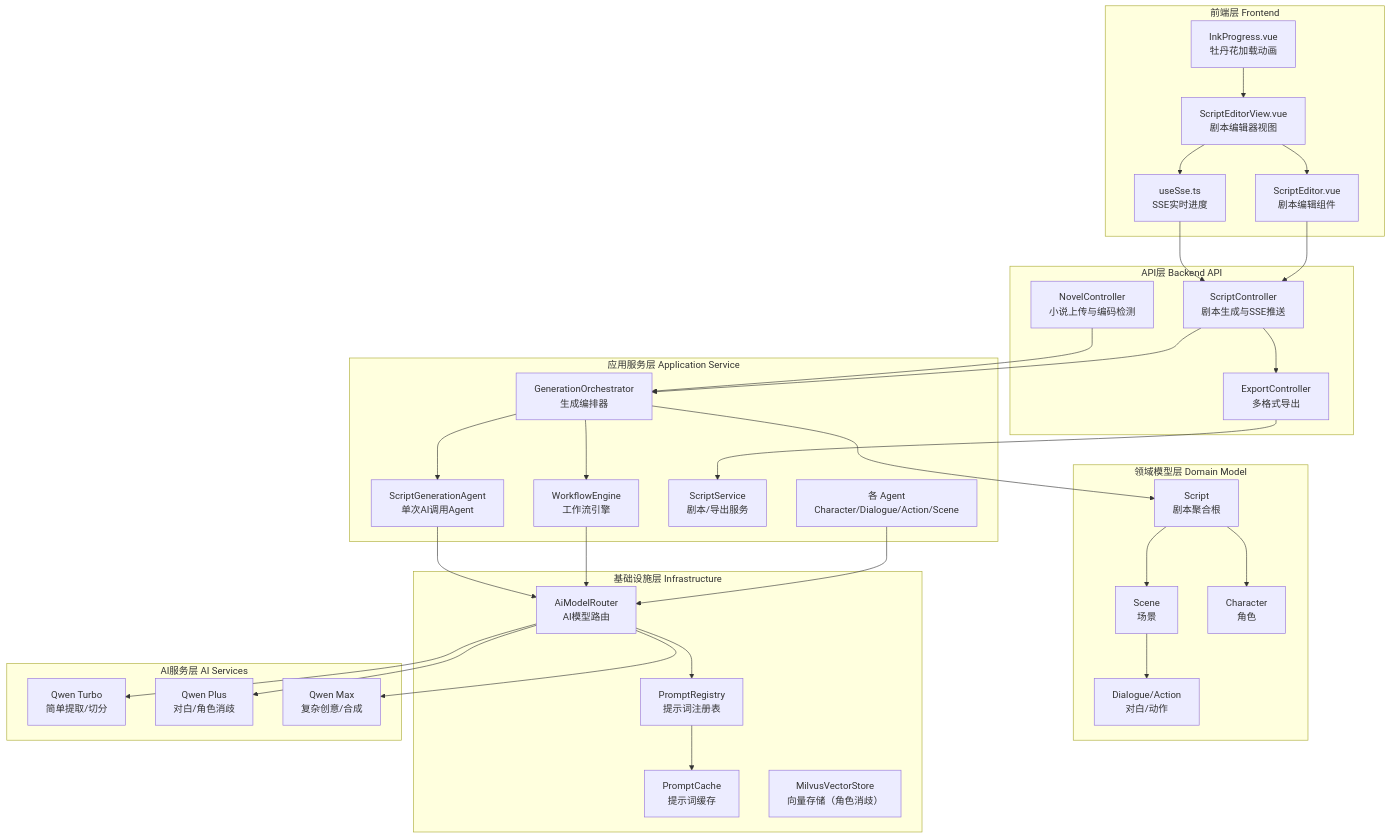
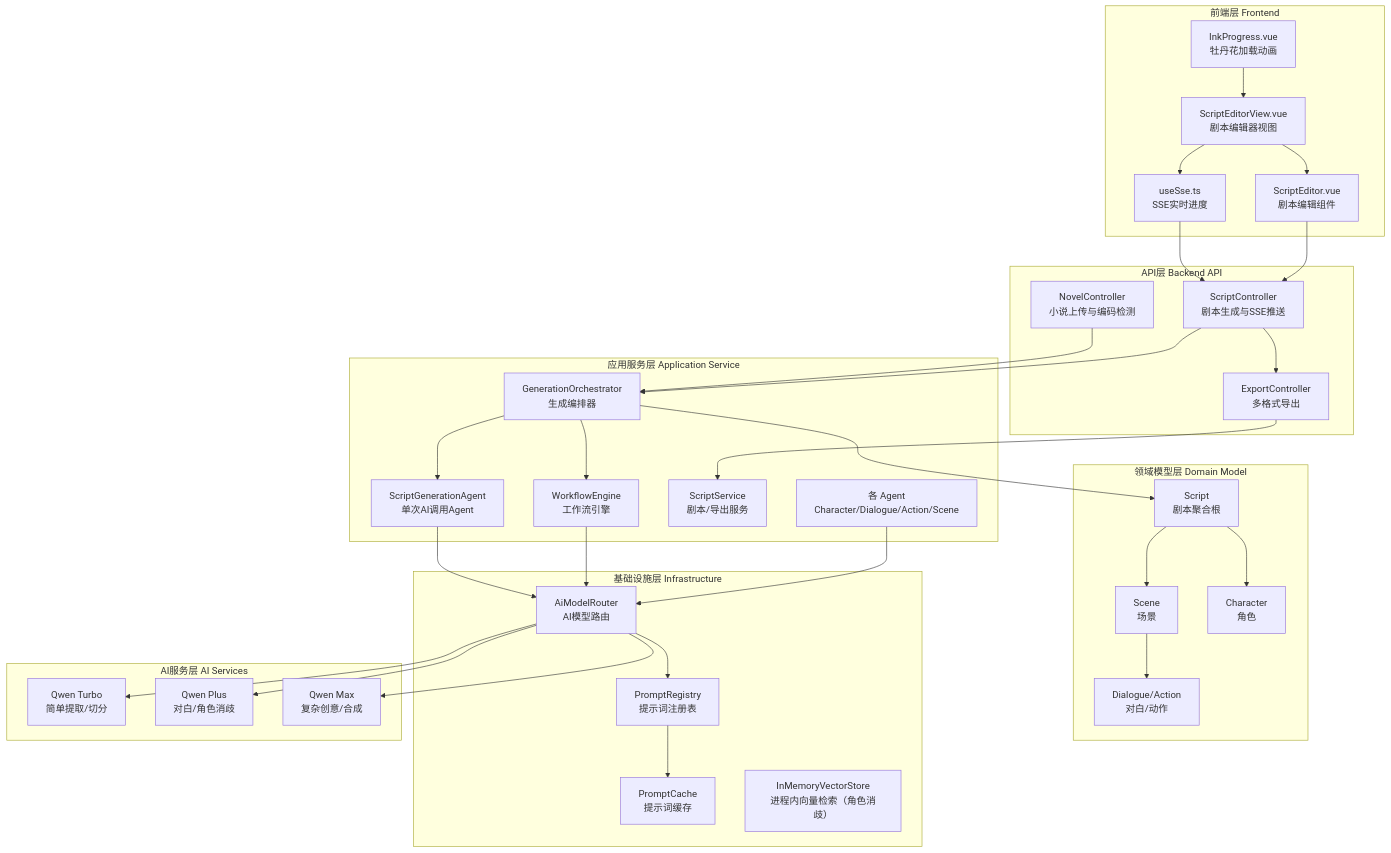
The first of 2 diagrams in README.md (Mr-123321/Novel2Script), drawn with Mermaid before and after one commit. The commit also changed other lines of this file and 6 other files, not shown here.

First line of the commit message:
W09: MilvusVectorStore 更名 InMemoryVectorStore —— 澄清命名误导（纯改名，不动逻辑）

````diff
--- a/README.md
+++ b/README.md
@@ -172,67 +172,67 @@
 ```mermaid
 graph TB
     subgraph "前端层 Frontend"
         A["ScriptEditorView.vue<br/>剧本编辑器视图"]
         B["useSse.ts<br/>SSE实时进度"]
         C["ScriptEditor.vue<br/>剧本编辑组件"]
         D["InkProgress.vue<br/>牡丹花加载动画"]
     end
 
     subgraph "API层 Backend API"
         E["NovelController<br/>小说上传与编码检测"]
         F["ScriptController<br/>剧本生成与SSE推送"]
         G["ExportController<br/>多格式导出"]
     end
 
     subgraph "应用服务层 Application Service"
         H["GenerationOrchestrator<br/>生成编排器"]
         I["ScriptGenerationAgent<br/>单次AI调用Agent"]
         J["WorkflowEngine<br/>工作流引擎"]
         K["ScriptService<br/>剧本/导出服务"]
         L["各 Agent<br/>Character/Dialogue/Action/Scene"]
     end
 
     subgraph "领域模型层 Domain Model"
         M["Script<br/>剧本聚合根"]
         N["Scene<br/>场景"]
         O["Character<br/>角色"]
         P["Dialogue/Action<br/>对白/动作"]
     end
 
     subgraph "基础设施层 Infrastructure"
         Q["AiModelRouter<br/>AI模型路由"]
         R["PromptRegistry<br/>提示词注册表"]
         S["PromptCache<br/>提示词缓存"]
-        T["MilvusVectorStore<br/>向量存储（角色消歧）"]
+        T["InMemoryVectorStore<br/>进程内向量检索（角色消歧）"]
     end
 
     subgraph "AI服务层 AI Services"
         U["Qwen Turbo<br/>简单提取/切分"]
         V["Qwen Plus<br/>对白/角色消歧"]
         W["Qwen Max<br/>复杂创意/合成"]
     end
 
     A --> B
     A --> C
     B --> F
     C --> F
     D --> A
     E --> H
     F --> H
     F --> G
     G --> K
     H --> I
     H --> J
     I --> Q
     J --> Q
     L --> Q
     Q --> R
     Q --> U
     Q --> V
     Q --> W
     R --> S
     H --> M
     M --> N
     M --> O
     N --> P
 ```
````
